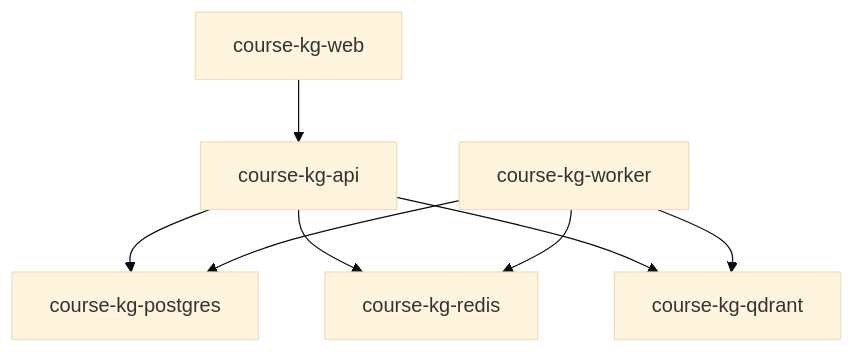
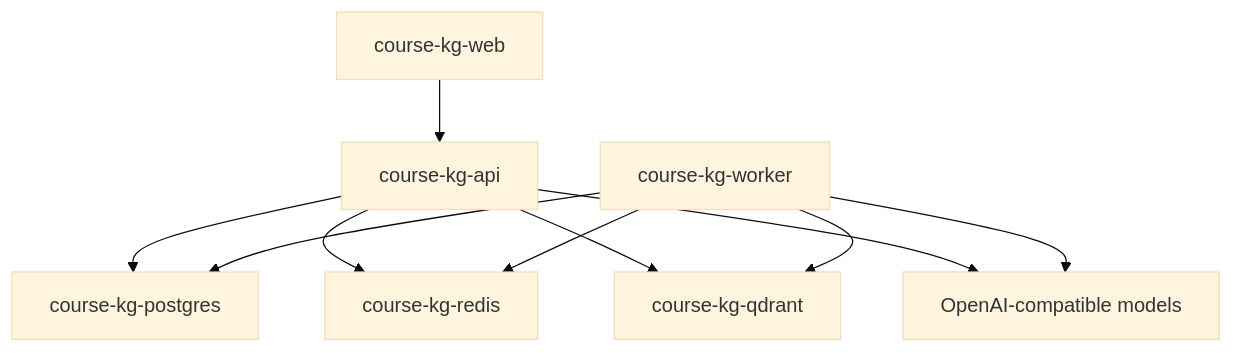
One commit to Sggggt/SymboGraph changed the diagram in infra/README.md. Above: the diagram before and after it, drawn with Mermaid (base theme). The commit also changed other lines of this file and 44 other files, not shown here.

Commit message:
v1.2.1 beta: fine cluster去掉了分词聚类方法，agent把加权分排序法改为分层图检索

````diff
--- a/infra/README.md
+++ b/infra/README.md
@@ -30,10 +31,12 @@
 ```mermaid
 flowchart TB
     WEB["course-kg-web"] --> API["course-kg-api"]
     API --> PG["course-kg-postgres"]
     API --> R["course-kg-redis"]
     API --> Q["course-kg-qdrant"]
     W["course-kg-worker"] --> R
     W --> PG
     W --> Q
+    API --> M["OpenAI-compatible models"]
+    W --> M
 ```
````
